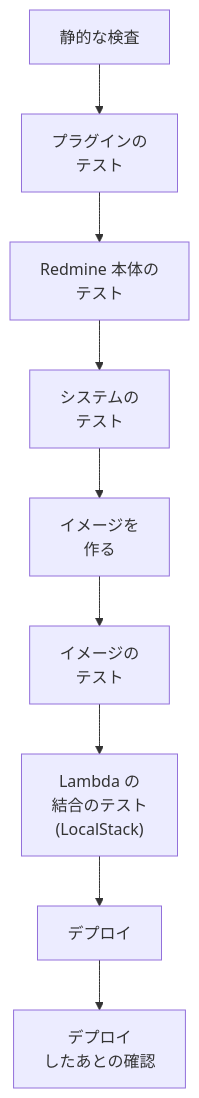
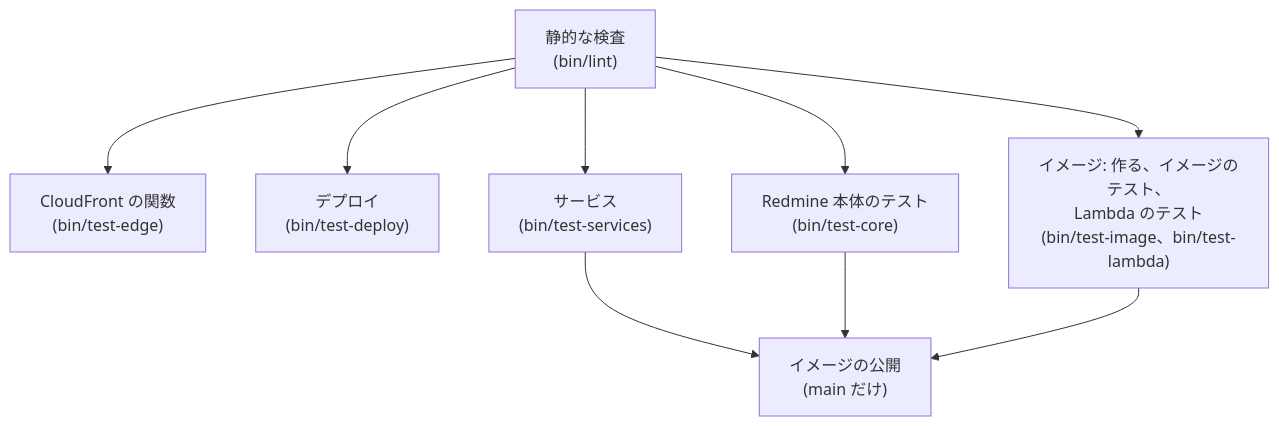
Before and after one commit to redmine-kit/serverless: the diagram in docs/ja/testing.md, drawn with Mermaid. The commit also changed other lines of this file and 11 other files, not shown here.

First line of the commit message:
Document bin/deploy, the account roles and the new tests

````diff
--- a/docs/ja/testing.md
+++ b/docs/ja/testing.md
@@ -249,11 +284,11 @@
 ```mermaid
 flowchart TD
-  a["静的な検査"] --> b["プラグインの<br>テスト"]
-  b --> c["Redmine 本体の<br>テスト"]
-  c --> d["システムの<br>テスト"]
-  d --> e["イメージを<br>作る"]
-  e --> f["イメージの<br>テスト"]
-  f --> f2["Lambda の<br>結合のテスト<br>(LocalStack)"]
-  f2 --> g["デプロイ"]
-  g --> h["デプロイ<br>したあとの確認"]
+  a["静的な検査<br>(bin/lint)"] --> e["CloudFront の関数<br>(bin/test-edge)"]
+  a --> d["デプロイ<br>(bin/test-deploy)"]
+  a --> s["サービス<br>(bin/test-services)"]
+  a --> c["Redmine 本体のテスト<br>(bin/test-core)"]
+  a --> i["イメージ: 作る、イメージのテスト、<br>Lambda のテスト<br>(bin/test-image、bin/test-lambda)"]
+  s --> p["イメージの公開<br>(main だけ)"]
+  c --> p
+  i --> p
 ```
````
